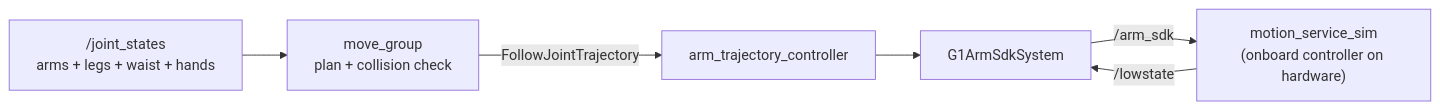
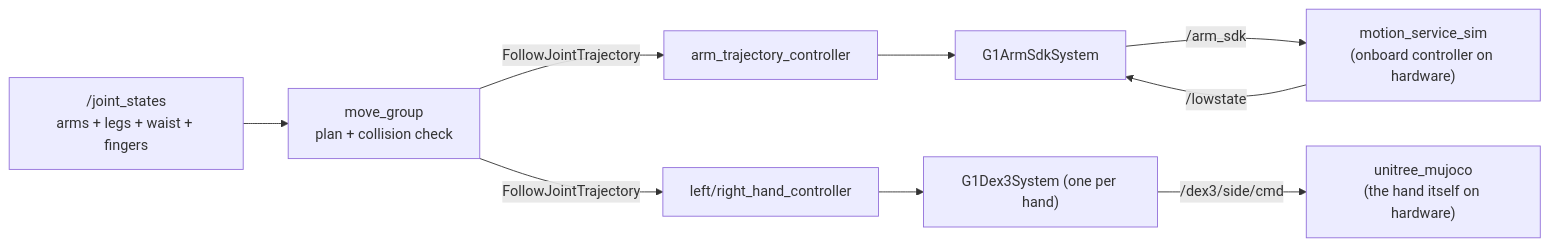
The diagram in workspace/src/g1_moveit_config/README.md (Adyansh04/grove-g1), drawn with Mermaid before and after one commit. The commit also changed other lines of this file and 4 other files, not shown here.

````diff
--- a/workspace/src/g1_moveit_config/README.md
+++ b/workspace/src/g1_moveit_config/README.md
@@ -8,8 +8,11 @@
 ```mermaid
 flowchart LR
     MG["move_group<br/>plan + collision check"] -- "FollowJointTrajectory" --> JTC["arm_trajectory_controller"]
+    MG -- "FollowJointTrajectory" --> HC["left/right_hand_controller"]
     JTC --> HW["G1ArmSdkSystem"]
+    HC --> HH["G1Dex3System (one per hand)"]
     HW -- "/arm_sdk" --> MS["motion_service_sim<br/>(onboard controller on hardware)"]
+    HH -- "/dex3/side/cmd" --> SIM["unitree_mujoco<br/>(the hand itself on hardware)"]
     MS -- "/lowstate" --> HW
-    JS["/joint_states<br/>arms + legs + waist + hands"] --> MG
+    JS["/joint_states<br/>arms + legs + waist + fingers"] --> MG
 ```
````
